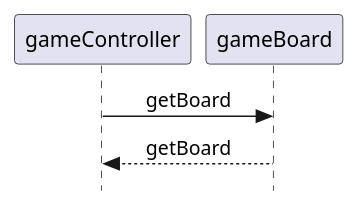
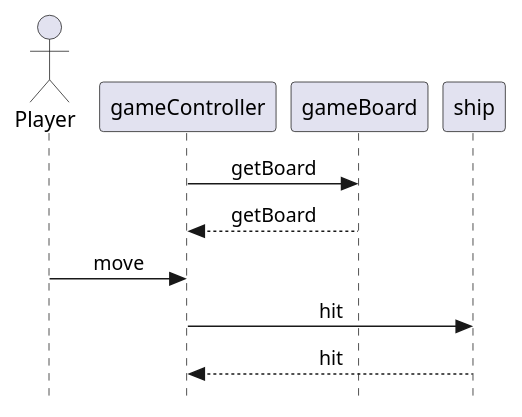
The diagram in sequence.plantuml (Michael-Mine/odin-battleship), drawn with PlantUML before and after one commit. The commit also changed 2 other files, not shown here.

Commit message:
Add gameBoard place ship & receiveAttack methods

```diff
--- a/sequence.plantuml
+++ b/sequence.plantuml
@@ -1,6 +1,10 @@
 @startuml gameBoard
 skinparam Style strictuml
 skinparam SequenceMessageAlignment center
+actor Player
 gameController -> gameBoard : getBoard
 gameController <-- gameBoard : getBoard
+Player -> gameController : move
+gameController -> ship : hit
+gameController <-- ship : hit
 @enduml
```
